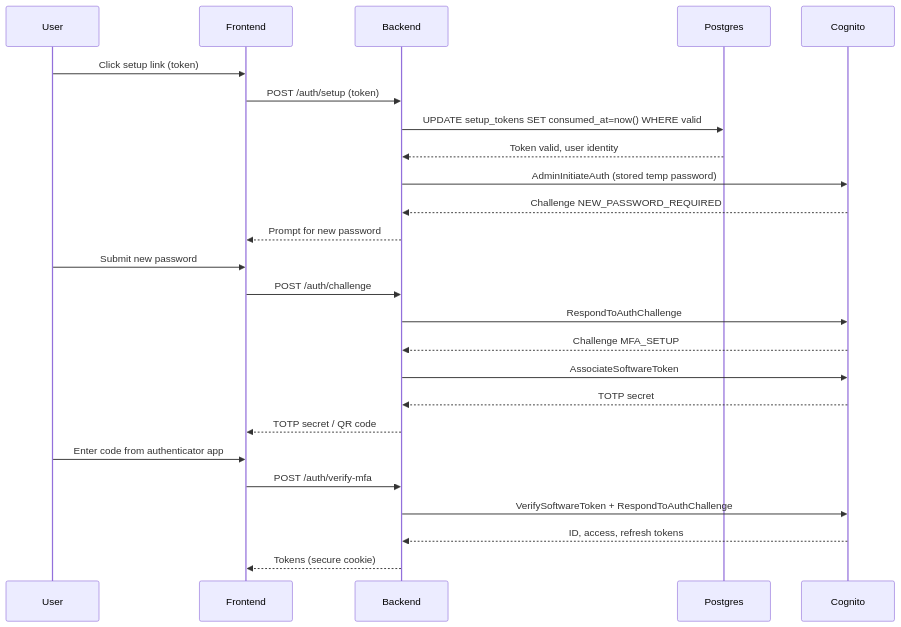
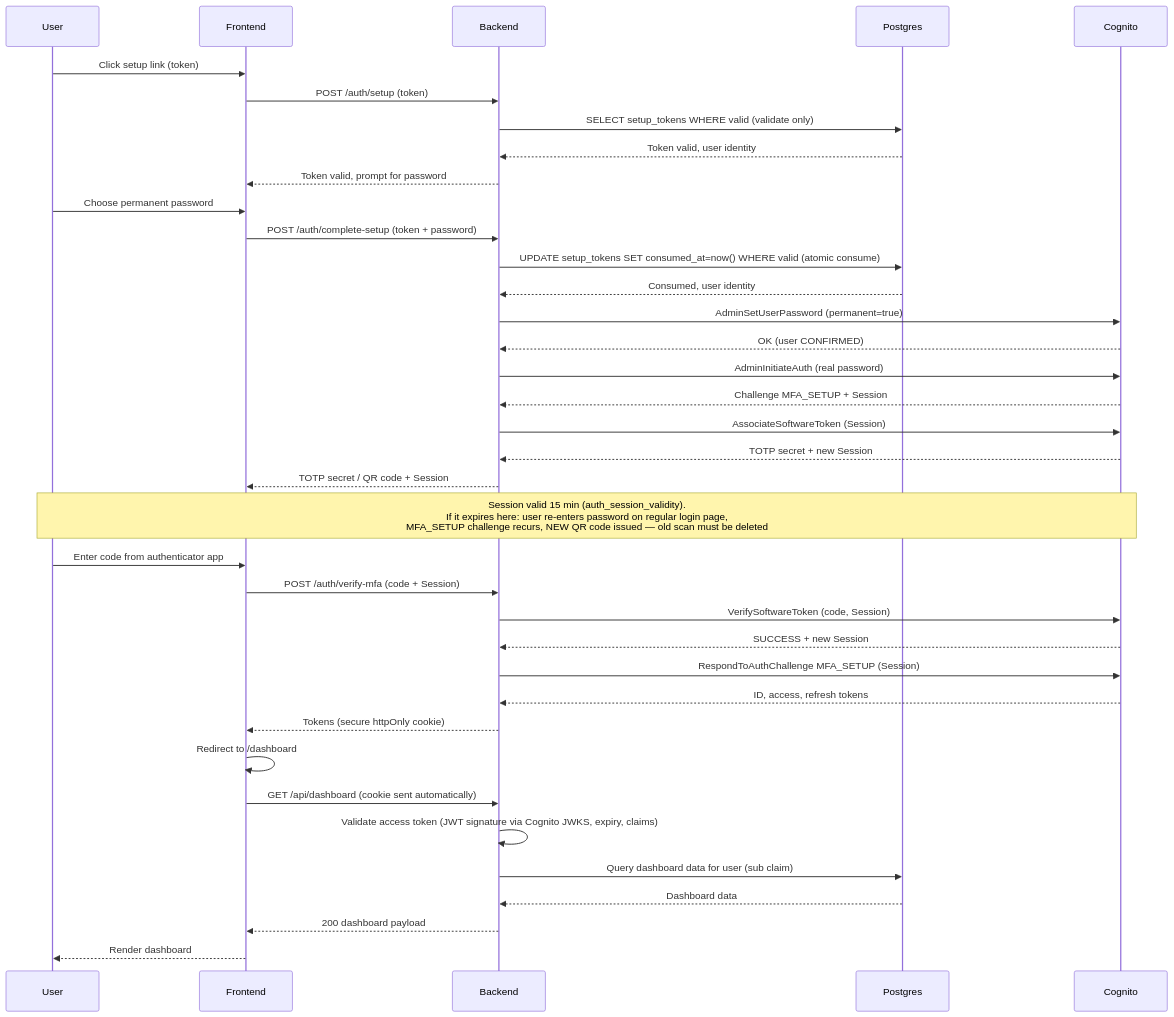
The second of 4 diagrams in documentation/auth/sequences.md (ditnice/aws-UKPS), drawn with Mermaid before and after one commit. The commit also changed other lines of this file, not shown here.

Commit message:
Extended diagrams to be more explicit and informative for implementation

````diff
--- a/documentation/auth/sequences.md
+++ b/documentation/auth/sequences.md
@@ -25,27 +25,39 @@
 ```mermaid
 sequenceDiagram
     participant U as User
     participant F as Frontend
     participant B as Backend
     participant P as Postgres
     participant C as Cognito
     U->>F: Click setup link (token)
     F->>B: POST /auth/setup (token)
-    B->>P: UPDATE setup_tokens SET consumed_at=now() WHERE valid
+    B->>P: SELECT setup_tokens WHERE valid (validate only)
     P-->>B: Token valid, user identity
-    B->>C: AdminInitiateAuth (stored temp password)
-    C-->>B: Challenge NEW_PASSWORD_REQUIRED
-    B-->>F: Prompt for new password
-    U->>F: Submit new password
-    F->>B: POST /auth/challenge
-    B->>C: RespondToAuthChallenge
-    C-->>B: Challenge MFA_SETUP
-    B->>C: AssociateSoftwareToken
-    C-->>B: TOTP secret
-    B-->>F: TOTP secret / QR code
+    B-->>F: Token valid, prompt for password
+    U->>F: Choose permanent password
+    F->>B: POST /auth/complete-setup (token + password)
+    B->>P: UPDATE setup_tokens SET consumed_at=now() WHERE valid (atomic consume)
+    P-->>B: Consumed, user identity
+    B->>C: AdminSetUserPassword (permanent=true)
+    C-->>B: OK (user CONFIRMED)
+    B->>C: AdminInitiateAuth (real password)
+    C-->>B: Challenge MFA_SETUP + Session
+    B->>C: AssociateSoftwareToken (Session)
+    C-->>B: TOTP secret + new Session
+    B-->>F: TOTP secret / QR code + Session
+    Note over U,C: Session valid 15 min (auth_session_validity).<br/>If it expires here: user re-enters password on regular login page,<br/>MFA_SETUP challenge recurs, NEW QR code issued — old scan must be deleted
     U->>F: Enter code from authenticator app
-    F->>B: POST /auth/verify-mfa
-    B->>C: VerifySoftwareToken + RespondToAuthChallenge
+    F->>B: POST /auth/verify-mfa (code + Session)
+    B->>C: VerifySoftwareToken (code, Session)
+    C-->>B: SUCCESS + new Session
+    B->>C: RespondToAuthChallenge MFA_SETUP (Session)
     C-->>B: ID, access, refresh tokens
-    B-->>F: Tokens (secure cookie)
+    B-->>F: Tokens (secure httpOnly cookie)
+    F->>F: Redirect to /dashboard
+    F->>B: GET /api/dashboard (cookie sent automatically)
+    B->>B: Validate access token (JWT signature via Cognito JWKS, expiry, claims)
+    B->>P: Query dashboard data for user (sub claim)
+    P-->>B: Dashboard data
+    B-->>F: 200 dashboard payload
+    F-->>U: Render dashboard
 ```
````
